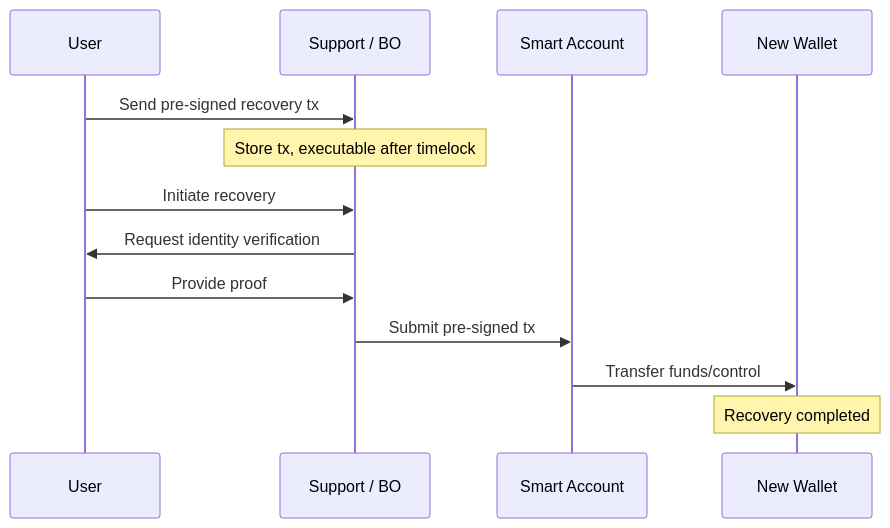
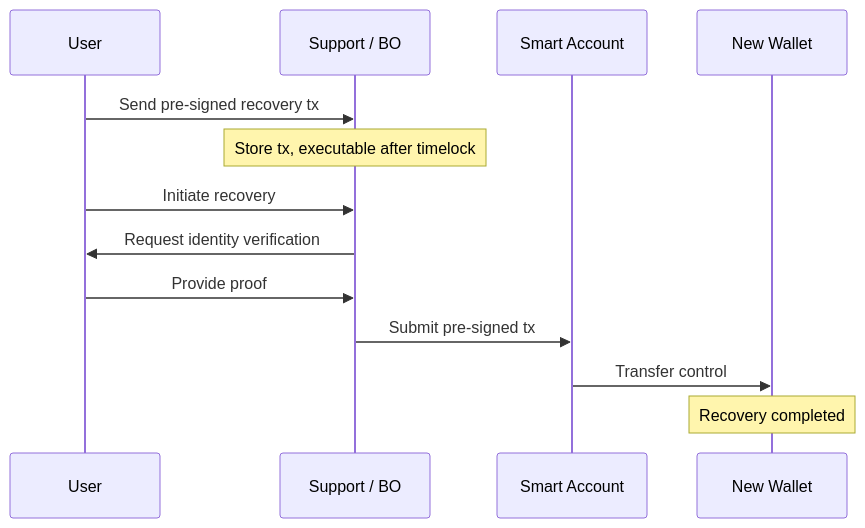
One commit to rarimo/unforgettable-docs changed the first of 2 diagrams in docs/embedded-wallets/recovery.mdx. Above: the diagram before and after it, drawn with Mermaid. The commit also changed other lines of this file, not shown here.

````diff
--- a/docs/embedded-wallets/recovery.mdx
+++ b/docs/embedded-wallets/recovery.mdx
@@ -54,18 +37,18 @@
 ```mermaid
 sequenceDiagram
   participant U as User
   participant BO as Support / BO
   participant C as Smart Account
   participant NW as New Wallet
 
   U->>BO: Send pre-signed recovery tx
   Note over BO: Store tx, executable after timelock
 
   U->>BO: Initiate recovery
   BO->>U: Request identity verification
   U->>BO: Provide proof
 
   BO->>C: Submit pre-signed tx
-  C->>NW: Transfer funds/control
+  C->>NW: Transfer control
   Note over NW: Recovery completed
 ```
````
